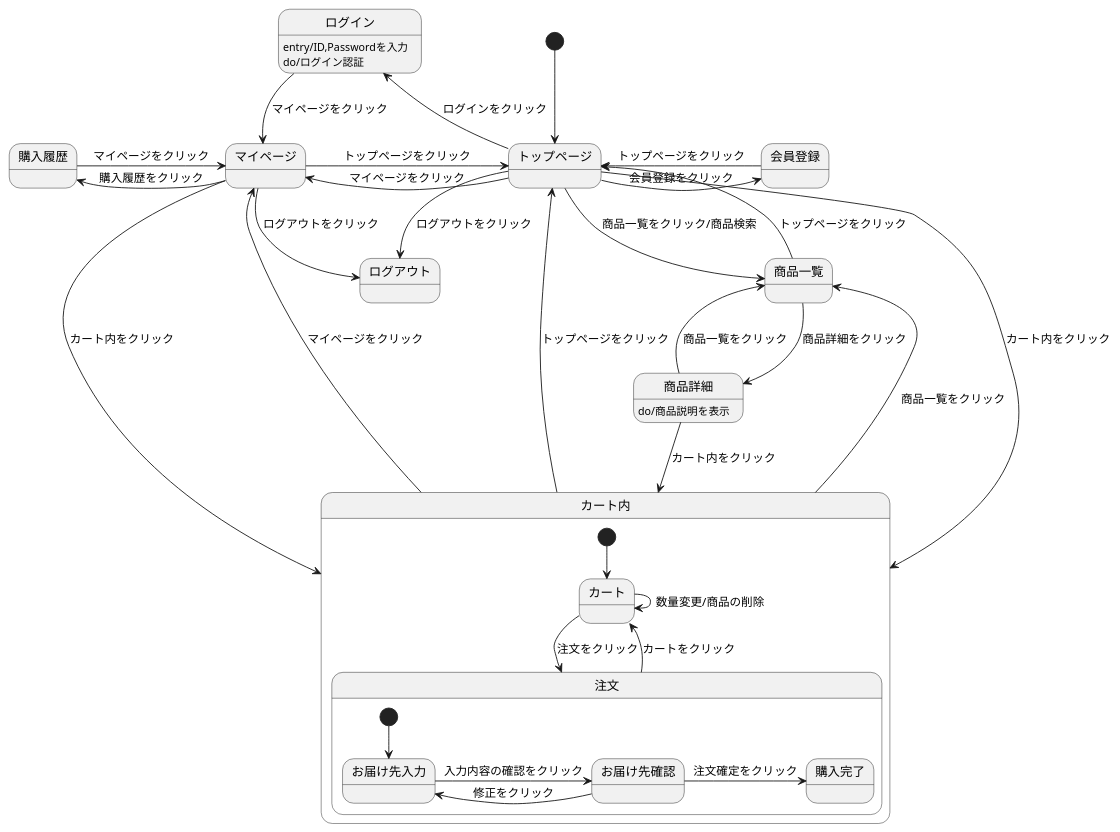
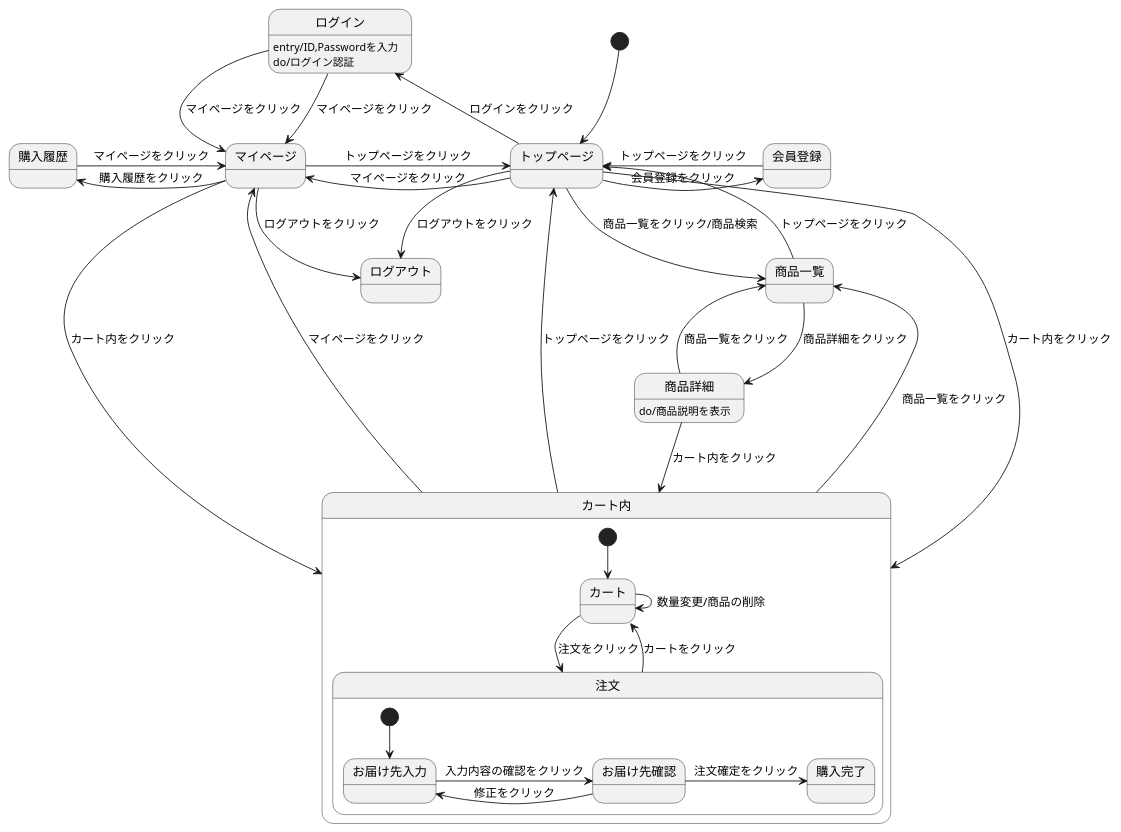
Before and after one commit to Aso2001163/2021sys-design-2: the diagram in Mypage(状態遷移図).md, drawn with PlantUML.

````diff
--- a/Mypage(状態遷移図).md
+++ b/Mypage(状態遷移図).md
@@ -1,41 +1,42 @@
 ```uml
 @startuml
 [*] --> トップページ
 トップページ -> 会員登録 : 会員登録をクリック
 会員登録 -> トップページ : トップページをクリック
 トップページ -left-> マイページ : マイページをクリック
 トップページ -left-> ログイン : ログインをクリック
+ログイン -> マイページ : マイページをクリック
 ログイン -down-> マイページ : マイページをクリック
 ログイン:entry/ID,Passwordを入力
 ログイン:do/ログイン認証
 マイページ -> トップページ : トップページをクリック
 マイページ -down-> ログアウト : ログアウトをクリック
 マイページ -left-> 購入履歴 : 購入履歴をクリック
 マイページ -down-> カート内 : カート内をクリック  
 購入履歴 -> マイページ : マイページをクリック
 トップページ --> 商品一覧 : 商品一覧をクリック/商品検索
 トップページ -> カート内 : カート内をクリック
 トップページ -> ログアウト : ログアウトをクリック
 商品一覧 -> トップページ : トップページをクリック
 商品一覧 -> 商品詳細 : 商品詳細をクリック  
 商品詳細:do/商品説明を表示
 商品詳細 -down-> 商品一覧 : 商品一覧をクリック
 商品詳細 -down-> カート内 : カート内をクリック
 カート内 -> 商品一覧 : 商品一覧をクリック
 カート内 -up-> トップページ : トップページをクリック
 カート内 -up-> マイページ : マイページをクリック   
 
 state カート内 {
   [*] --> カート
   カート -down-> 注文 : 注文をクリック
   カート -> カート : 数量変更/商品の削除
   注文 -down-> カート : カートをクリック
   state 注文 {
     [*] --> お届け先入力
     お届け先入力 -> お届け先確認 : 入力内容の確認をクリック
     お届け先確認 -> お届け先入力 : 修正をクリック
     お届け先確認 -> 購入完了 : 注文確定をクリック
     }
  }
 @enduml
 ```
````
